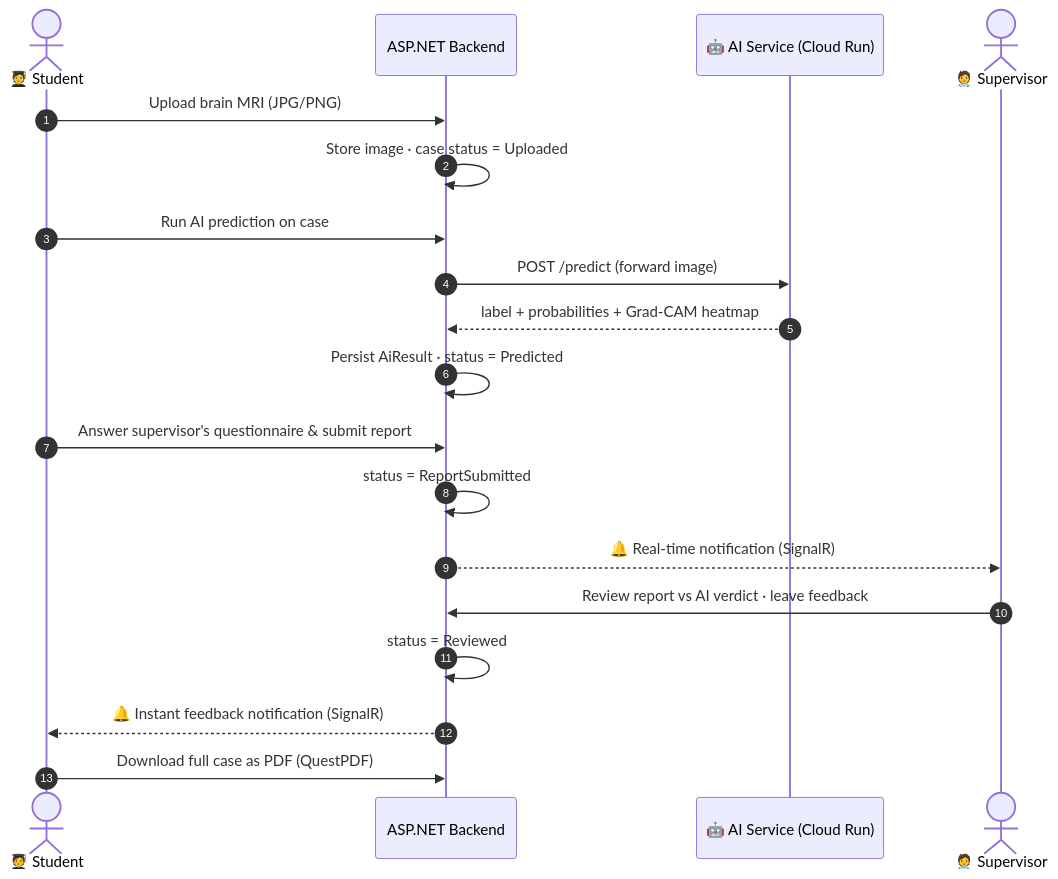
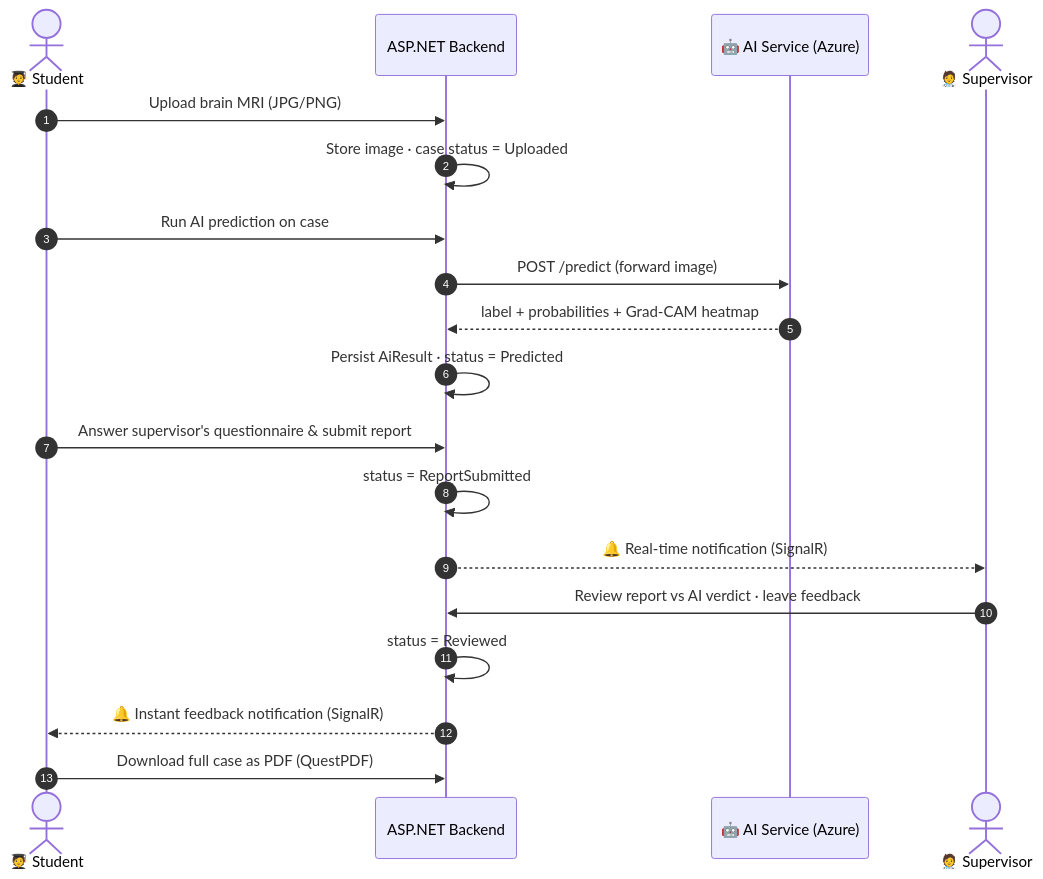
The diagram in README.md (AbdalruhmanIssa/Brainova), drawn with Mermaid before and after one commit. The commit also changed other lines of this file and 5 other files, not shown here.

````diff
--- a/README.md
+++ b/README.md
@@ -95,22 +95,22 @@
 ```mermaid
 sequenceDiagram
     autonumber
     actor S as 🧑‍🎓 Student
     participant API as ASP.NET Backend
-    participant AI as 🤖 AI Service (Cloud Run)
+    participant AI as 🤖 AI Service (Azure)
     actor SV as 🧑‍⚕️ Supervisor
 
     S->>API: Upload brain MRI (JPG/PNG)
     API->>API: Store image · case status = Uploaded
     S->>API: Run AI prediction on case
     API->>AI: POST /predict (forward image)
     AI-->>API: label + probabilities + Grad-CAM heatmap
     API->>API: Persist AiResult · status = Predicted
     S->>API: Answer supervisor's questionnaire & submit report
     API->>API: status = ReportSubmitted
     API-->>SV: 🔔 Real-time notification (SignalR)
     SV->>API: Review report vs AI verdict · leave feedback
     API->>API: status = Reviewed
     API-->>S: 🔔 Instant feedback notification (SignalR)
     S->>API: Download full case as PDF (QuestPDF)
 ```
````
